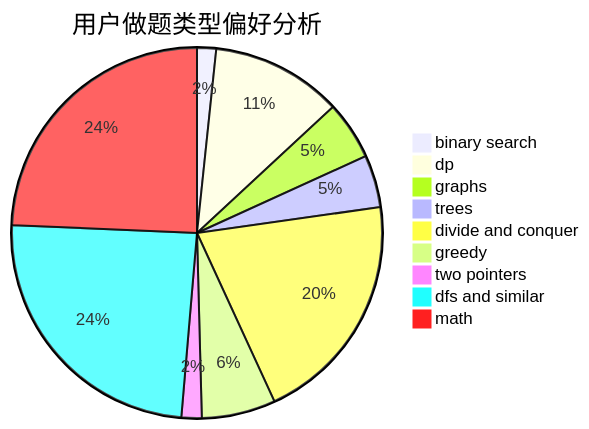
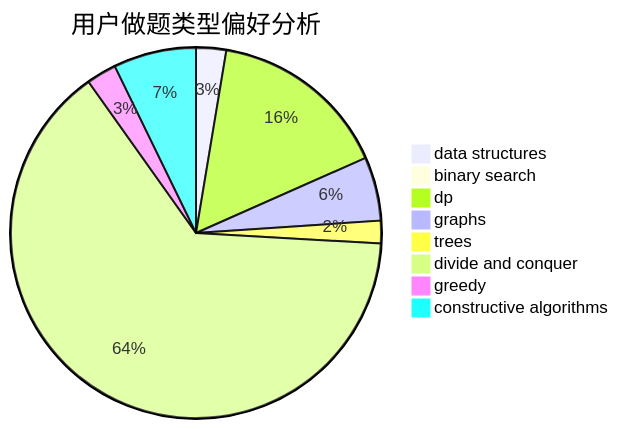
The second of 3 diagrams in docs/user/u978.md (sherpahu/cfrs.github.io), drawn with Mermaid before and after one commit. The commit also changed other lines of this file and 2775 other files, not shown here.

````diff
--- a/docs/user/u978.md
+++ b/docs/user/u978.md
@@ -23,12 +23,11 @@
 ```mermaid
 pie title 用户做题类型偏好分析
-    "binary search" :  16
-    "dp" :  110
-    "graphs" :  49
-    "trees" :  44
+    "data structures" :  8
+    "binary search" :  3
+    "dp" :  48
+    "graphs" :  17
+    "trees" :  6
     "divide and conquer" :  196
-    "greedy" :  62
-    "two pointers" :  17
-    "dfs and similar" :  234
-    "math" :  234
+    "greedy" :  8
+    "constructive algorithms" :  22
 ```
````
